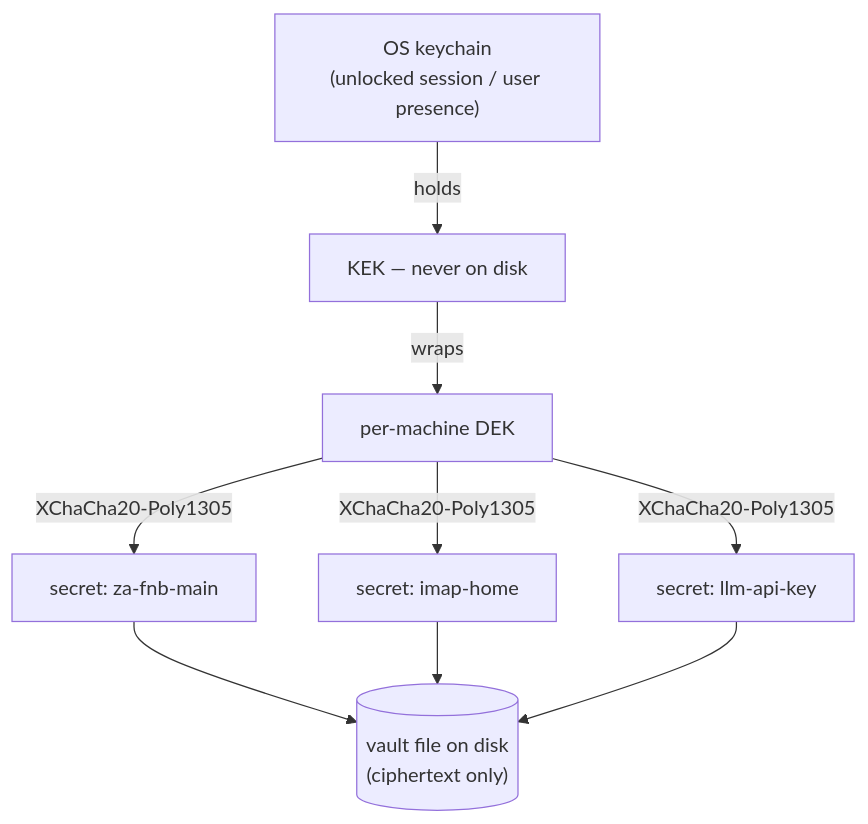
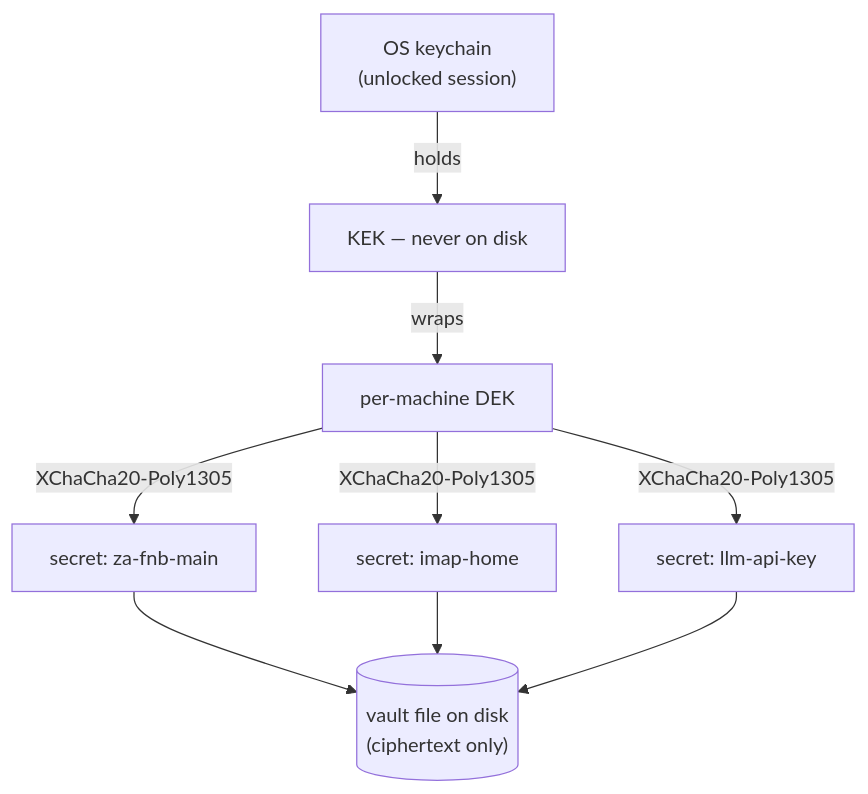
Before and after one commit to vul-os/slipscan: the diagram in site/docs/threat-model.md, drawn with Mermaid. The commit also changed other lines of this file and 17 other files, not shown here.

````diff
--- a/site/docs/threat-model.md
+++ b/site/docs/threat-model.md
@@ -19,9 +19,9 @@
 ```mermaid
 flowchart TD
-    OS["OS keychain\n(unlocked session / user presence)"] -->|holds| KEK["KEK — never on disk"]
+    OS["OS keychain\n(unlocked session)"] -->|holds| KEK["KEK — never on disk"]
     KEK -->|wraps| DEK["per-machine DEK"]
     DEK -->|"XChaCha20-Poly1305"| S1["secret: za-fnb-main"]
     DEK -->|"XChaCha20-Poly1305"| S2["secret: imap-home"]
     DEK -->|"XChaCha20-Poly1305"| S3["secret: llm-api-key"]
     S1 & S2 & S3 --> V[("vault file on disk\n(ciphertext only)")]
 ```
````
